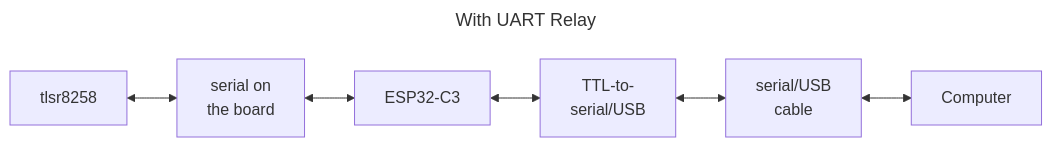
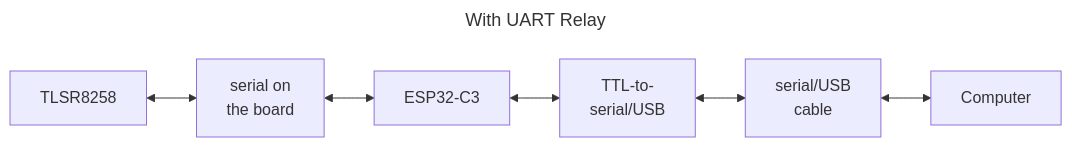
Before and after one commit to papadeltasierra/cloudsmets: the second of 2 diagrams in esp32/uartrelay/README.md, drawn with Mermaid. The commit also changed other lines of this file, not shown here.

````diff
--- a/esp32/uartrelay/README.md
+++ b/esp32/uartrelay/README.md
@@ -25,19 +25,19 @@
 ```mermaid
 ---
 title: With UART Relay
 ---
 flowchart LR;
 
-    tlsr8258[tlsr8258]
+    tlsr8258[TLSR8258]
     internal[serial on<br/>the board]
     esp32[ESP32-C3]
     ftdi[TTL-to-<br/>serial/USB]
     com1[serial/USB<br/>cable]
     computer[Computer]
 
     tlsr8258<-->internal
     internal<-->esp32
     esp32<-->ftdi
     ftdi<-->com1
     com1<-->computer
 ```
````
